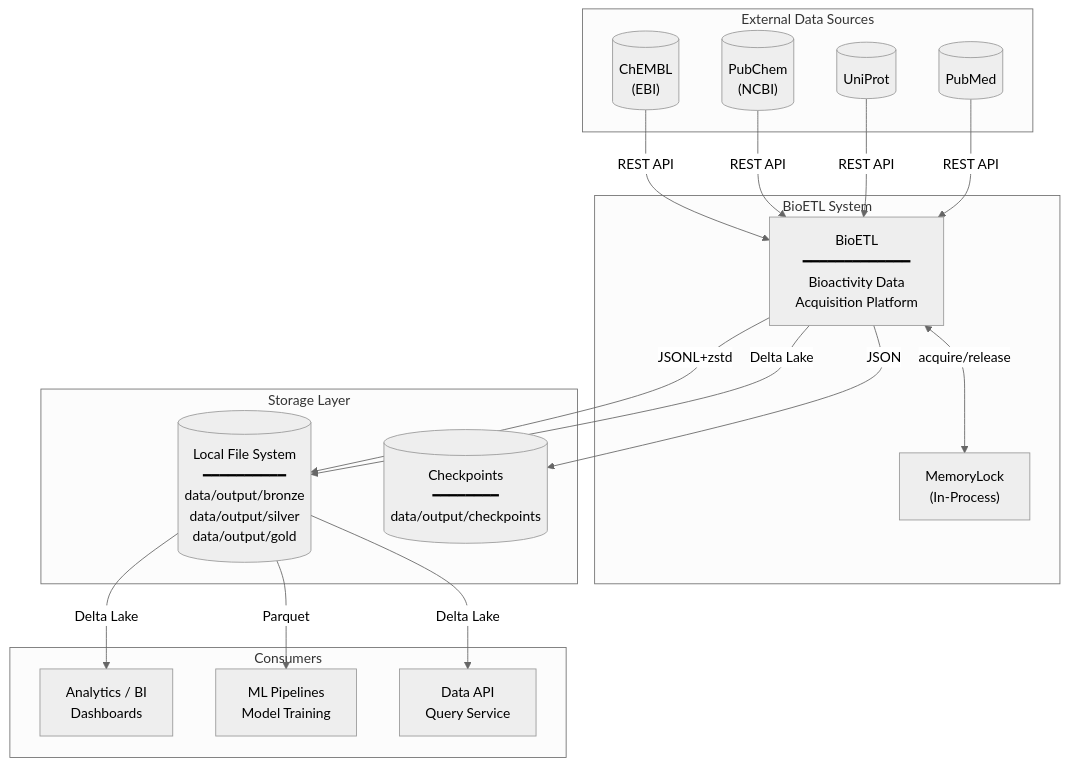
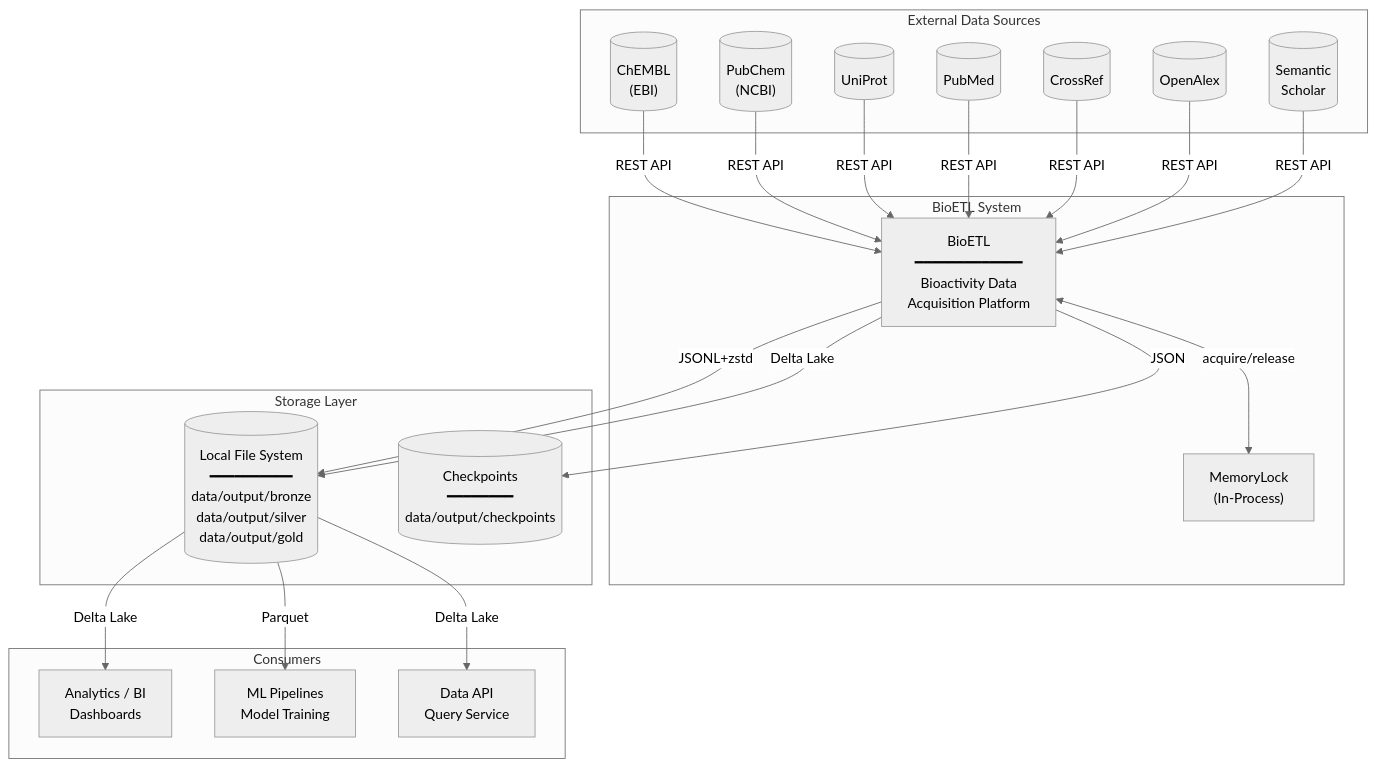
One commit to SatoryKono/BioactivityDataAcquisition changed the diagram in docs/02-architecture/system-context.md. Above: the diagram before and after it, drawn with Mermaid (neutral theme). The commit also changed other lines of this file and 43 other files, not shown here.

````diff
--- a/docs/02-architecture/system-context.md
+++ b/docs/02-architecture/system-context.md
@@ -15,44 +15,50 @@
 ```mermaid
 flowchart TB
     subgraph External Data Sources
         CHEMBL[("ChEMBL<br/>(EBI)")]
         PUBCHEM[("PubChem<br/>(NCBI)")]
         UNIPROT[("UniProt")]
         PUBMED[("PubMed")]
+        CROSSREF[("CrossRef")]
+        OPENALEX[("OpenAlex")]
+        SEMSCHOLAR[("Semantic<br/>Scholar")]
     end
 
     subgraph BioETL System
         BIOETL["BioETL<br/>━━━━━━━━━━━━━<br/>Bioactivity Data<br/>Acquisition Platform"]
         LOCK["MemoryLock<br/>(In-Process)"]
     end
 
     subgraph Storage Layer
         FS[("Local File System<br/>━━━━━━━━━━<br/>data/output/bronze<br/>data/output/silver<br/>data/output/gold")]
         CP[("Checkpoints<br/>━━━━━━━━<br/>data/output/checkpoints")]
     end
 
     subgraph Consumers
         ANALYTICS["Analytics / BI<br/>Dashboards"]
         ML["ML Pipelines<br/>Model Training"]
         API["Data API<br/>Query Service"]
     end
 
     %% Data flow from sources
     CHEMBL -->|REST API| BIOETL
     PUBCHEM -->|REST API| BIOETL
     UNIPROT -->|REST API| BIOETL
     PUBMED -->|REST API| BIOETL
+    CROSSREF -->|REST API| BIOETL
+    OPENALEX -->|REST API| BIOETL
+    SEMSCHOLAR -->|REST API| BIOETL
 
     %% Internal locking
     BIOETL <-->|acquire/release| LOCK
 
     %% BioETL to storage
     BIOETL -->|JSONL+zstd| FS
     BIOETL -->|Delta Lake| FS
     BIOETL -->|JSON| CP
 
     %% Storage to consumers
     FS -->|Delta Lake| ANALYTICS
     FS -->|Parquet| ML
     FS -->|Delta Lake| API
 ```
````
